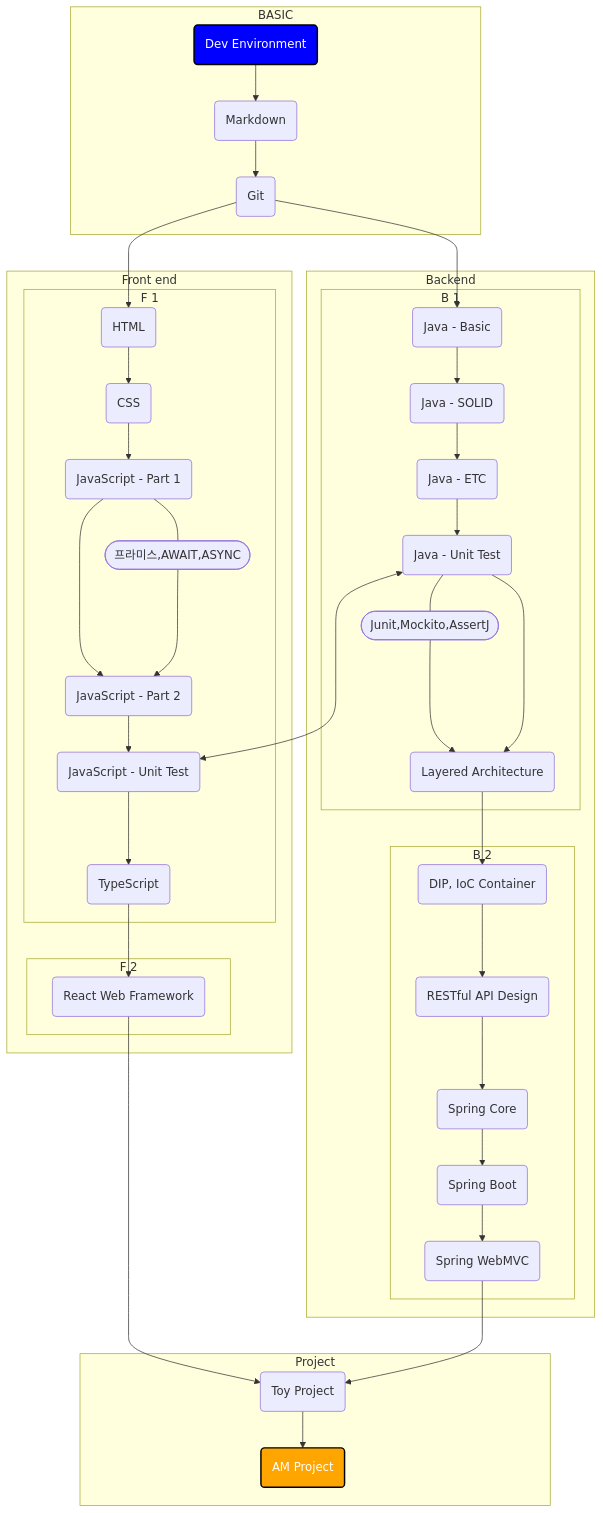
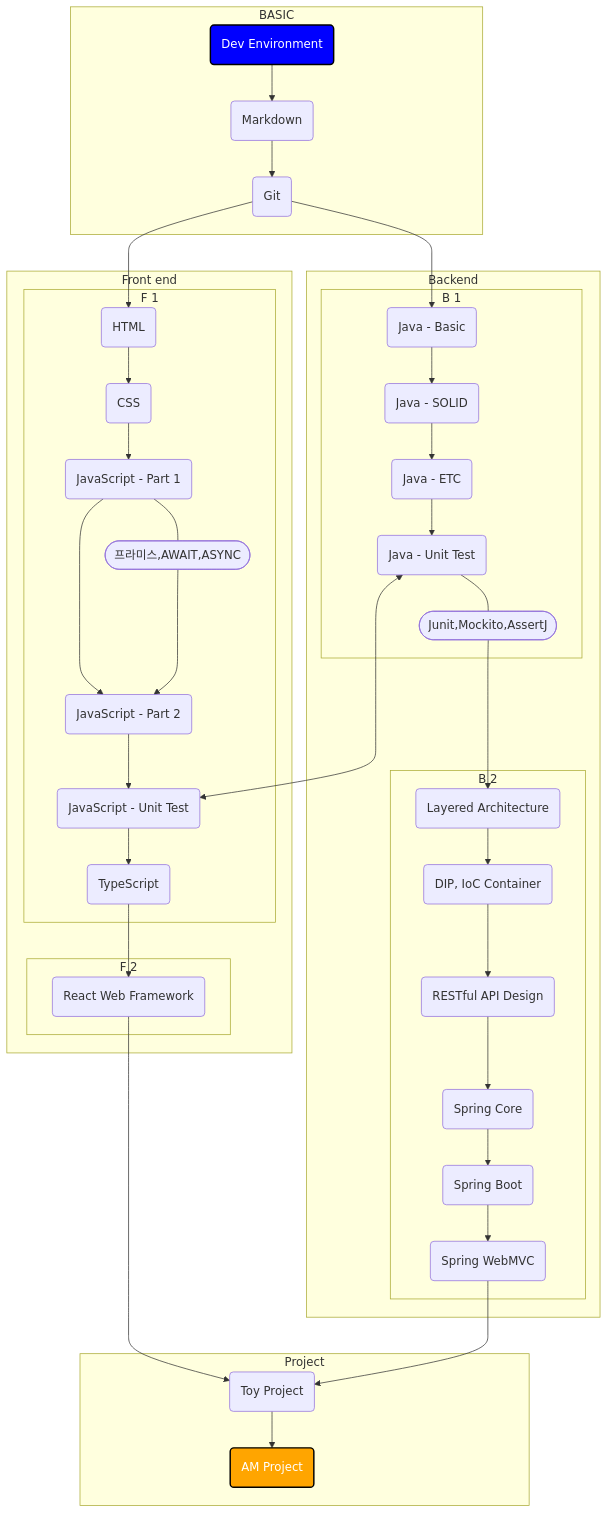
One commit to HankJoo/HankJoo changed the diagram in README.md. Above: the diagram before and after it, drawn with Mermaid.

````diff
--- a/README.md
+++ b/README.md
@@ -9,77 +9,77 @@
 ```mermaid
 flowchart TB
 
 %% Colors %%
 classDef blue fill:blue,stroke:#000,stroke-width:2px,color:#fff
 classDef orange fill:orange,stroke:#000,stroke-width:2px,color:#fff
       
     subgraph BASIC                          
         D(Dev Environment):::blue
         M(Markdown)
         G(Git)
         D-->M-->G                                             
     end
     
     G-->B1      
                     
     subgraph "Backend"
         subgraph "B 1"
             B1(Java - Basic)
             B2(Java - SOLID)
             B3(Java - ETC)        
             B4(Java - Unit Test)     
-            F401([Junit,Mockito,AssertJ])   
+            B401([Junit,Mockito,AssertJ])   
             B1-->B2-->B3-->B4
-            B4---F401--->B5
+           
         end
-    
-    B4-->B5
+      
+    B4---B401--->B5
         
         subgraph "B 2" 
             B5(Layered Architecture)
             B6(DIP, IoC Container)
             B7(RESTful API Design)
             B8(Spring Core)
             B9(Spring Boot)
             B10(Spring WebMVC)
             B5-->B6-->B7-->B8-->B9-->B10
         end        
     end
     
     G-->F1
     
     subgraph "Front end"
         subgraph "F 1"
             F1(HTML)
             F2(CSS)
             F3(JavaScript - Part 1)
             F301([프라미스,AWAIT,ASYNC])
             F4(JavaScript - Part 2)
             F5(JavaScript - Unit Test)
             F6(TypeScript)
             F1-->F2-->F3-->F4-->F5-->F6            
             F3---F301--->F4
         end
     
     F6 --> F7   
         
         subgraph "F 2"
             F7(React Web Framework)                
         end       
     end
     
     F7 --> P1
     B10 --> P1
     P1 --> P2
     
     B4<--->F5
     
     subgraph "Project"
             P1(Toy Project)
             P2(AM Project):::orange        
     end 
 
 
 
 
 ```
````
